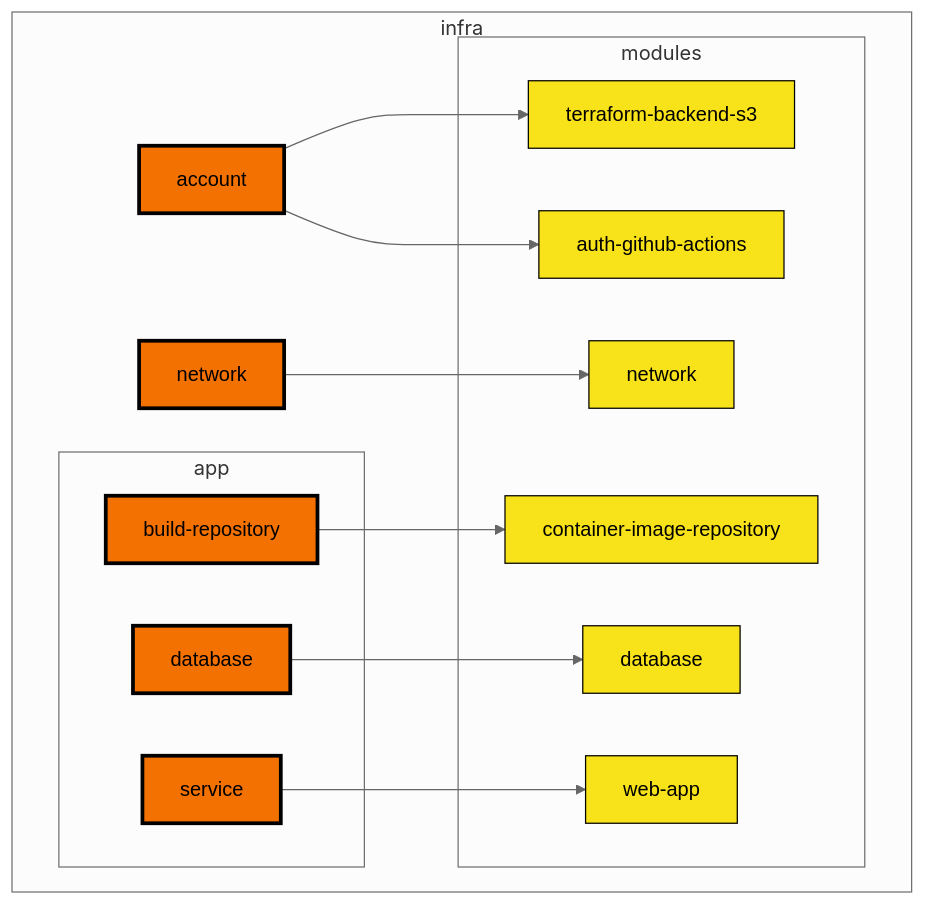
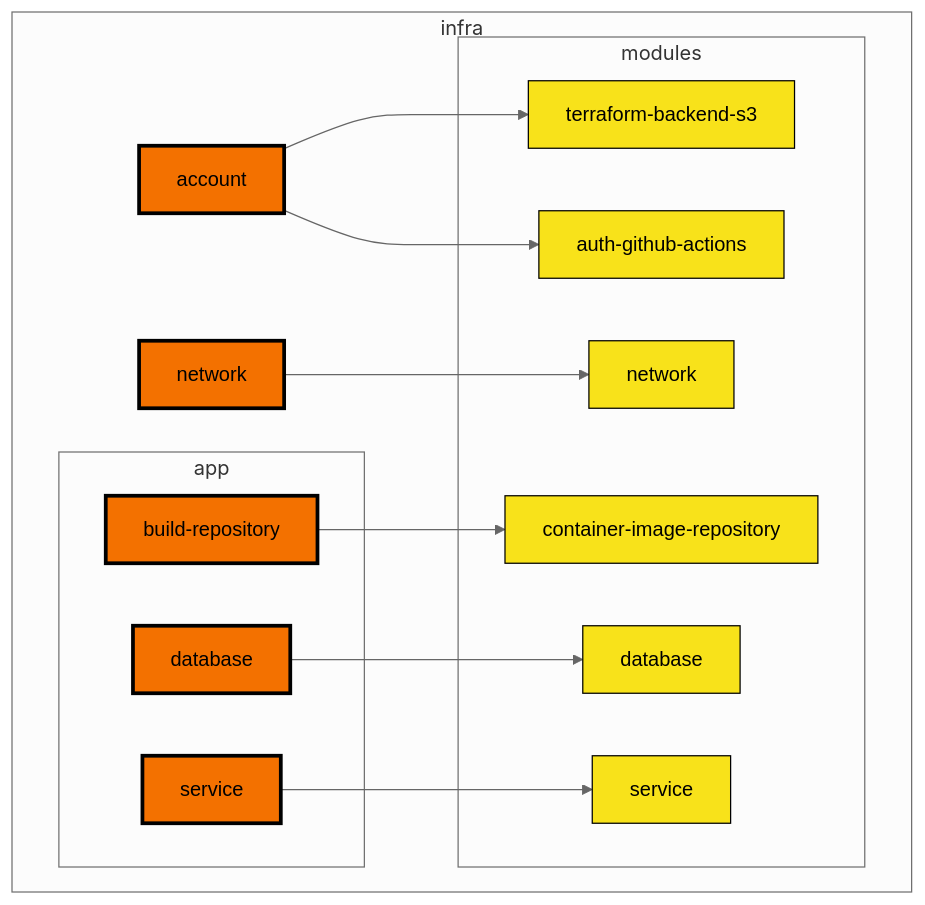
Before and after one commit to navapbc/template-infra: the first of 2 diagrams in docs/infra/module-architecture.md, drawn with Mermaid (neutral theme).

Commit message:
docs: Fix `web-app` -> `service` module name

````diff
--- a/docs/infra/module-architecture.md
+++ b/docs/infra/module-architecture.md
@@ -20,35 +20,35 @@
 ```mermaid
 flowchart TB
 
   classDef default fill:#FFF,stroke:#000
   classDef root-module fill:#F37100,stroke-width:3,font-family:Arial
   classDef child-module fill:#F8E21A,font-family:Arial
 
   subgraph infra
     account:::root-module
     app/network[network]:::root-module
 
     subgraph app
       app/build-repository[build-repository]:::root-module
       app/database[database]:::root-module
       app/service[service]:::root-module
     end
 
     subgraph modules
       terraform-backend-s3:::child-module
       auth-github-actions:::child-module
       container-image-repository:::child-module
       network:::child-module
       database:::child-module
-      web-app:::child-module
+      service:::child-module
     end
 
     account --> terraform-backend-s3
     account --> auth-github-actions
     app/network --> network
     app/build-repository --> container-image-repository
     app/database --> database
-    app/service --> web-app
+    app/service --> service
 
   end
 ```
````
